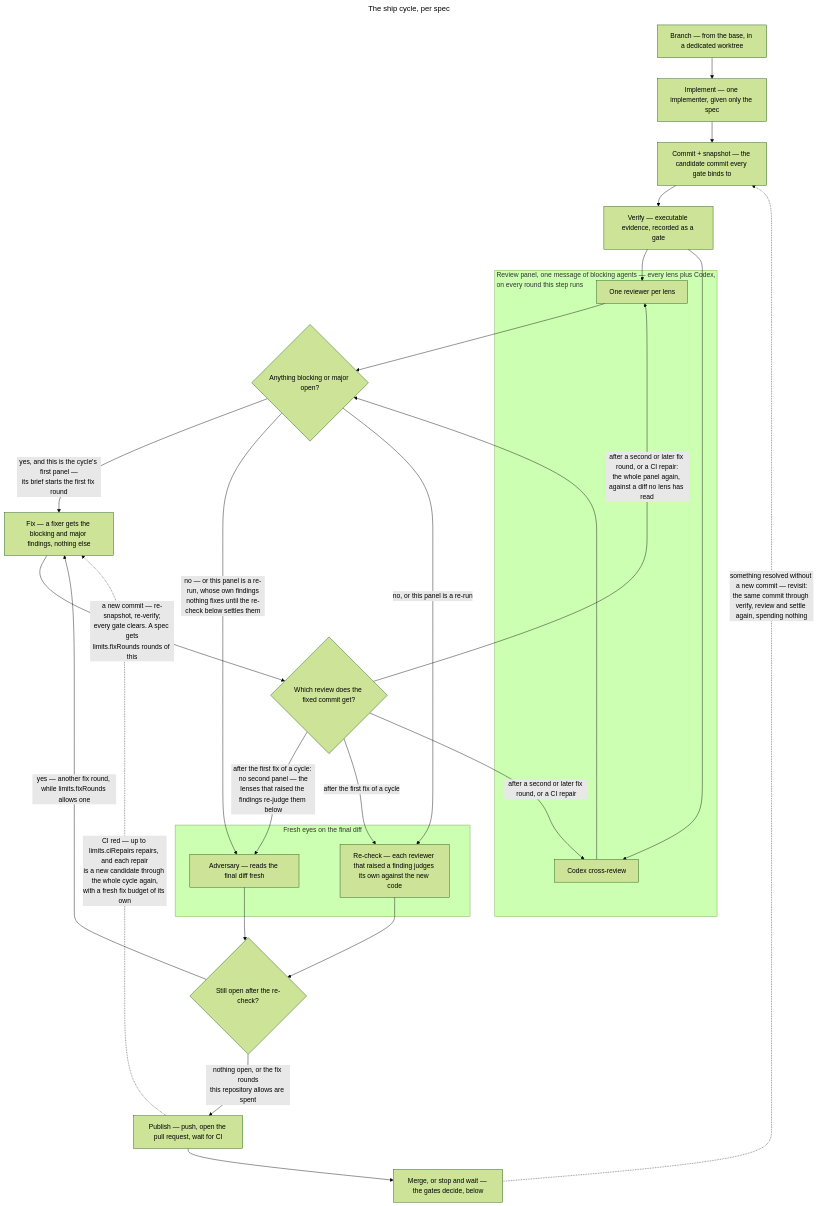
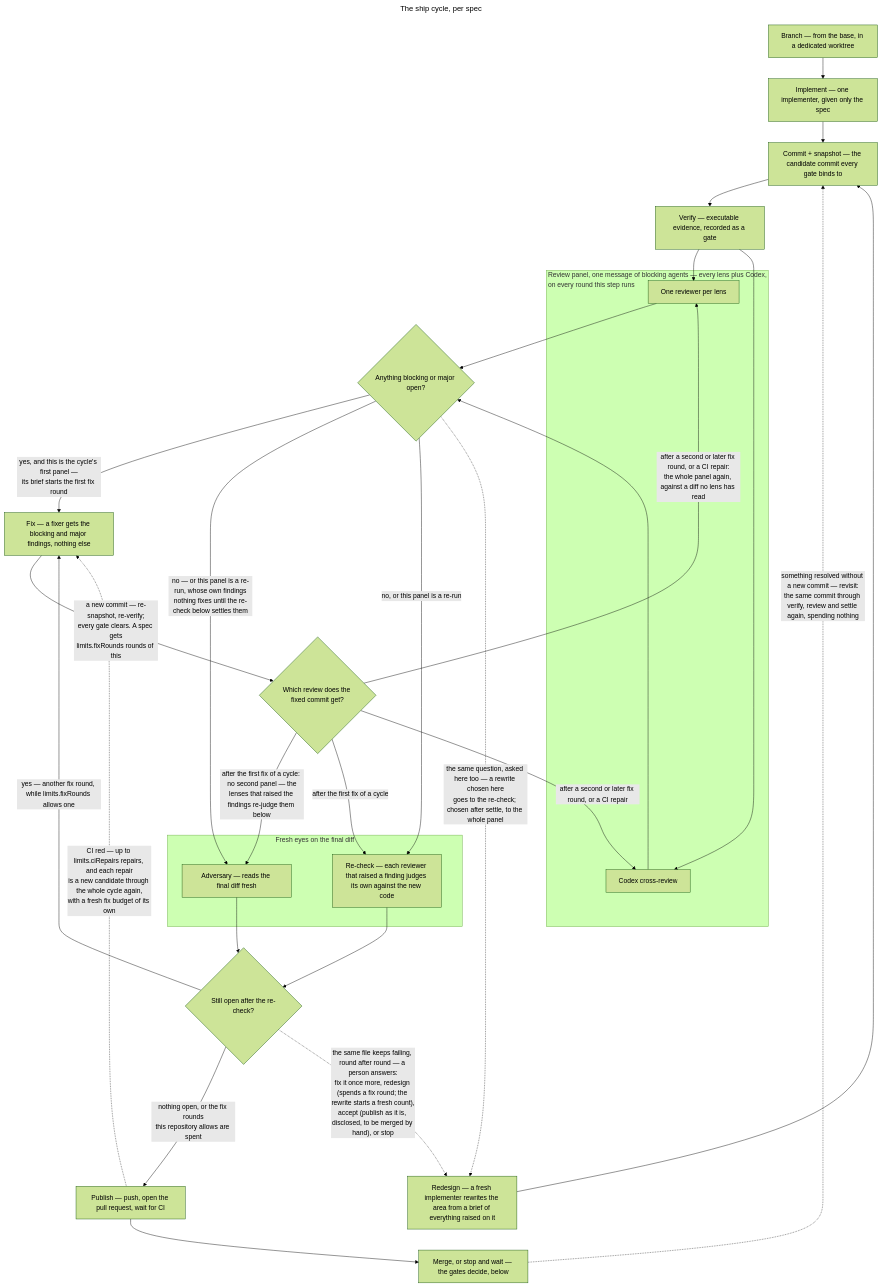
Before and after one commit to Smiley73/tagteam: the third of 4 diagrams in README.md, drawn with Mermaid (forest theme). The commit also changed other lines of this file and 23 other files, not shown here.

First line of the commit message:
Add a redesign path for a file that keeps failing the same review (0.9.6) (#101)

````diff
--- a/README.md
+++ b/README.md
@@ -136,51 +136,55 @@
 ```mermaid
 ---
 title: The ship cycle, per spec
 ---
 flowchart TD
     branch["Branch — from the base, in a dedicated worktree"]
     implement["Implement — one implementer, given only the spec"]
     snapshot["Commit + snapshot — the candidate commit every gate binds to"]
     verify["Verify — executable evidence, recorded as a gate"]
     lenses["One reviewer per lens"]
     codexr["Codex cross-review"]
     open{"Anything blocking or major open?"}
     fixer["Fix — a fixer gets the blocking and major findings, nothing else"]
+    redesign["Redesign — a fresh implementer rewrites the area from a brief of everything raised on it"]
     route{"Which review does the fixed commit get?"}
     adv["Adversary — reads the final diff fresh"]
     recheck["Re-check — each reviewer that raised a finding judges its own against the new code"]
     settle{"Still open after the re-check?"}
     publish["Publish — push, open the pull request, wait for CI"]
     outcome["Merge, or stop and wait — the gates decide, below"]
 
     branch --> implement
     implement --> snapshot
     snapshot --> verify
     subgraph panel["Review panel, one message of blocking agents — every lens plus Codex,<br>on every round this step runs"]
         lenses
         codexr
     end
     verify --> lenses
     verify --> codexr
     lenses --> open
     codexr --> open
     open -->|"yes, and this is the cycle's first panel —<br>its brief starts the first fix round"| fixer
     fixer -->|"a new commit — re-snapshot, re-verify;<br>every gate clears. A spec gets<br>limits.fixRounds rounds of this"| route
     subgraph final["Fresh eyes on the final diff"]
         adv
         recheck
     end
     route -->|"after the first fix of a cycle: no second panel — the<br>lenses that raised the findings re-judge them below"| adv
     route -->|"after the first fix of a cycle"| recheck
     route -->|"after a second or later fix round, or a CI repair:<br>the whole panel again, against a diff no lens has read"| lenses
     route -->|"after a second or later fix round, or a CI repair"| codexr
     open -->|"no — or this panel is a re-run, whose own findings<br>nothing fixes until the re-check below settles them"| adv
     open -->|"no, or this panel is a re-run"| recheck
     adv --> settle
     recheck --> settle
     settle -->|"yes — another fix round, while limits.fixRounds allows one"| fixer
     settle -->|"nothing open, or the fix rounds<br>this repository allows are spent"| publish
+    settle -. "the same file keeps failing, round after round — a person answers:<br>fix it once more, redesign (spends a fix round; the rewrite starts a fresh count),<br>accept (publish as it is, disclosed, to be merged by hand), or stop" .-> redesign
+    open -. "the same question, asked here too — a rewrite chosen here<br>goes to the re-check; chosen after settle, to the whole panel" .-> redesign
+    redesign --> snapshot
     publish -. "CI red — up to limits.ciRepairs repairs, and each repair<br>is a new candidate through the whole cycle again,<br>with a fresh fix budget of its own" .-> fixer
     publish --> outcome
     outcome -. "something resolved without a new commit — revisit:<br>the same commit through verify, review and settle again, spending nothing" .-> snapshot
 ```
````
